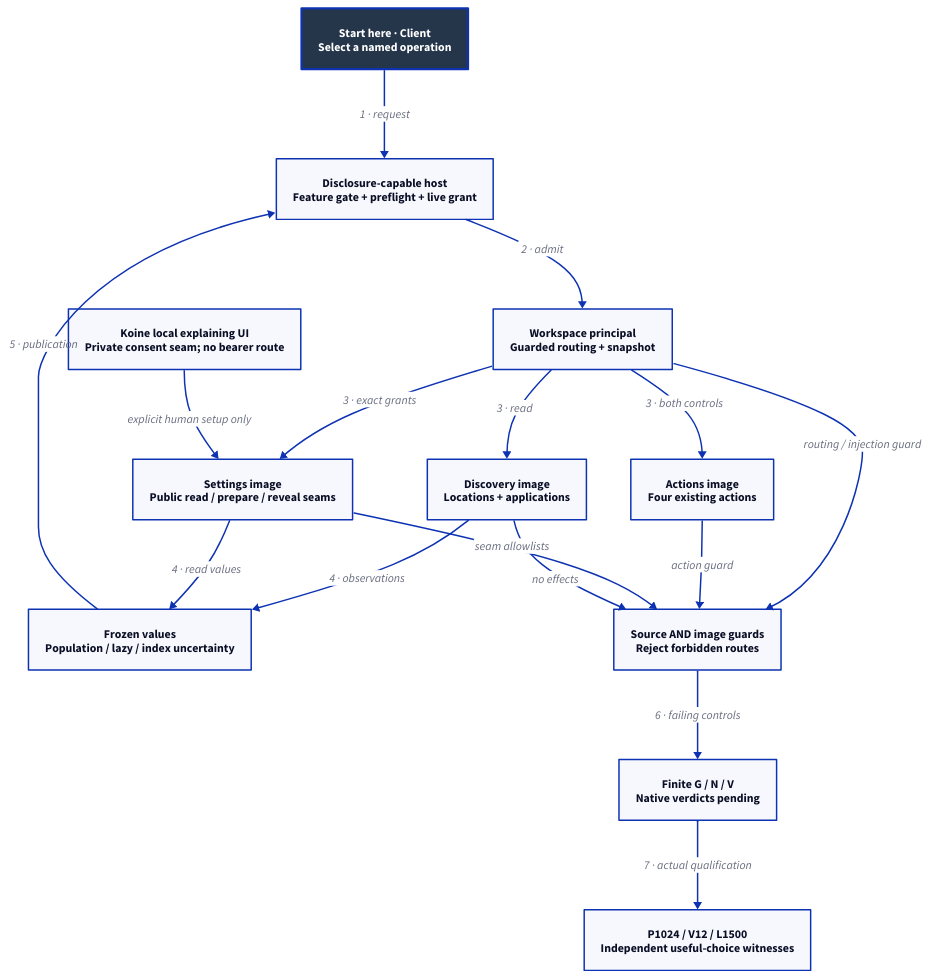
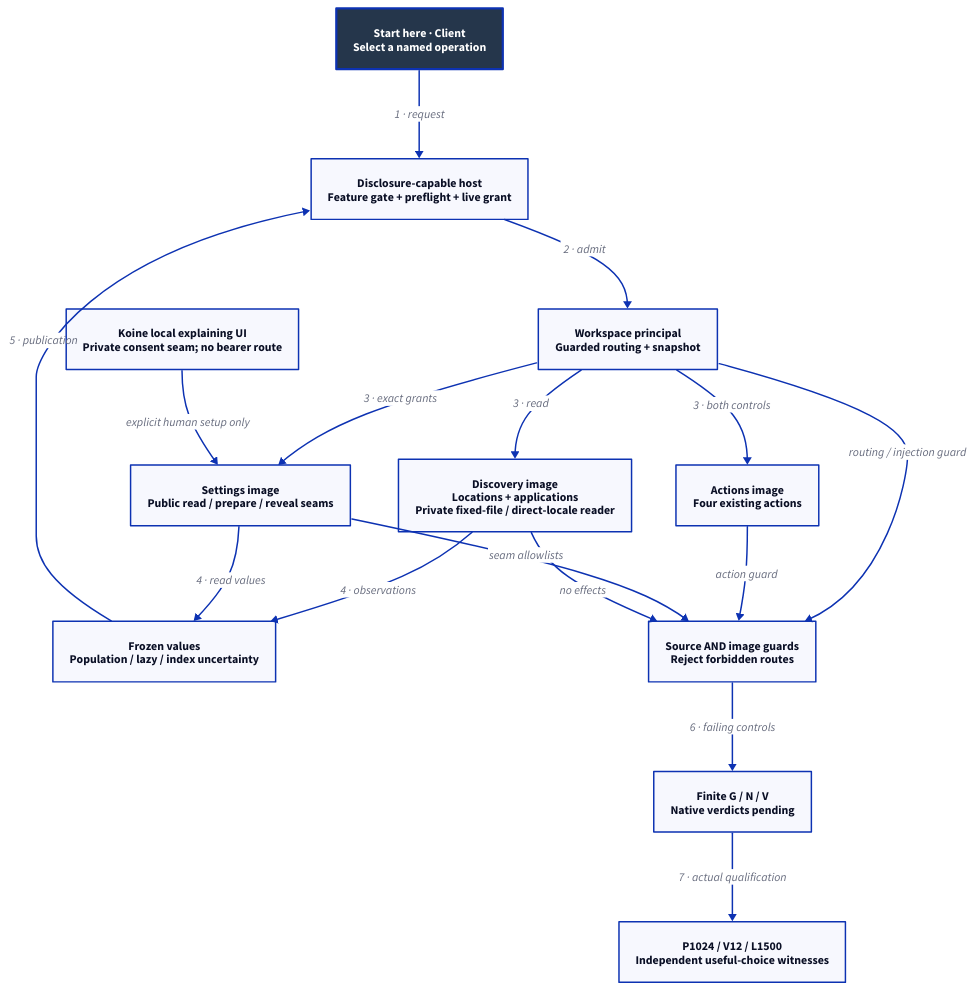
The diagram in docs/design/architecture/native-discovery-contract.d2 (Linkuistics/Koine), drawn with D2 before and after one commit. The commit also changed 115 other files, not shown here.

```diff
--- a/docs/design/architecture/native-discovery-contract.d2
+++ b/docs/design/architecture/native-discovery-contract.d2
@@ -1,31 +1,31 @@
 # Native-image components in one resident process; details in caption/spec.
 direction: down
 classes: {
   start: {style: {fill: "#25364B"; font-color: "#FFFFFF"; bold: true; stroke-width: 3}}
 }
 Start: "Start here · Client\nSelect a named operation" {class: start}
 Host: "Disclosure-capable host\nFeature gate + preflight + live grant"
 Principal: "Workspace principal\nGuarded routing + snapshot"
-Reads: "Discovery image\nLocations + applications"
+Reads: "Discovery image\nLocations + applications\nPrivate fixed-file / direct-locale reader"
 Actions: "Actions image\nFour existing actions"
 Settings: "Settings image\nPublic read / prepare / reveal seams"
 UI: "Koine local explaining UI\nPrivate consent seam; no bearer route"
 Frozen: "Frozen values\nPopulation / lazy / index uncertainty"
 Guard: "Source AND image guards\nReject forbidden routes"
 Acceptance: "Finite G / N / V\nNative verdicts pending"
 Useful: "P1024 / V12 / L1500\nIndependent useful-choice witnesses"
 Start -> Host: "1 · request"
 Host -> Principal: "2 · admit"
 Principal -> Reads: "3 · read"
 Principal -> Actions: "3 · both controls"
 Principal -> Settings: "3 · exact grants"
 UI -> Settings: "explicit human setup only"
 Principal -> Guard: "routing / injection guard"
 Reads -> Frozen: "4 · observations"
 Settings -> Frozen: "4 · read values"
 Frozen -> Host: "5 · publication"
 Actions -> Guard: "action guard"
 Settings -> Guard: "seam allowlists"
 Reads -> Guard: "no effects"
 Guard -> Acceptance: "6 · failing controls"
 Acceptance -> Useful: "7 · actual qualification"
```
